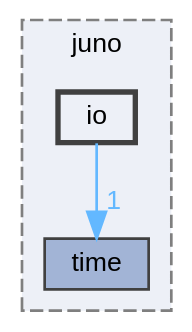
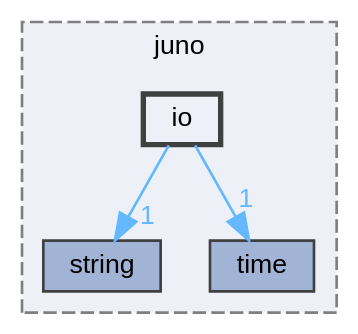
Before and after one commit to robinonsay/libjuno: the diagram in dir_2214acb517c776811661c93fb7ef90d4_dep.dot, drawn with Graphviz. The commit also changed 161 other files, not shown here.

```diff
--- a/dir_2214acb517c776811661c93fb7ef90d4_dep.dot
+++ b/dir_2214acb517c776811661c93fb7ef90d4_dep.dot
@@ -1,14 +1,16 @@
 digraph "/home/runner/work/libjuno/libjuno/include/juno/io"
 {
  // LATEX_PDF_SIZE
   bgcolor="transparent";
   edge [fontname=Helvetica,fontsize=10,labelfontname=Helvetica,labelfontsize=10];
   node [fontname=Helvetica,fontsize=10,shape=box,height=0.2,width=0.4];
   compound=true
   subgraph clusterdir_366da5caa8e7ec3e54d94764b6f022bc {
     graph [ bgcolor="#edf0f7", pencolor="grey50", label="juno", fontname=Helvetica,fontsize=10 style="filled,dashed", URL="dir_366da5caa8e7ec3e54d94764b6f022bc.html",tooltip=""]
+  dir_1ee06b418de2fbaa3d5b1443d2d582cb [label="string", fillcolor="#a2b4d6", color="grey25", style="filled", URL="dir_1ee06b418de2fbaa3d5b1443d2d582cb.html",tooltip=""];
   dir_f7826cb483c41652a57f47c29e86de5a [label="time", fillcolor="#a2b4d6", color="grey25", style="filled", URL="dir_f7826cb483c41652a57f47c29e86de5a.html",tooltip=""];
   dir_2214acb517c776811661c93fb7ef90d4 [label="io", fillcolor="#edf0f7", color="grey25", style="filled,bold", URL="dir_2214acb517c776811661c93fb7ef90d4.html",tooltip=""];
   }
+  dir_2214acb517c776811661c93fb7ef90d4->dir_1ee06b418de2fbaa3d5b1443d2d582cb [headlabel="1", labeldistance=1.5 headhref="dir_000004_000010.html" href="dir_000004_000010.html" color="steelblue1" fontcolor="steelblue1"];
   dir_2214acb517c776811661c93fb7ef90d4->dir_f7826cb483c41652a57f47c29e86de5a [headlabel="1", labeldistance=1.5 headhref="dir_000004_000012.html" href="dir_000004_000012.html" color="steelblue1" fontcolor="steelblue1"];
 }
```
